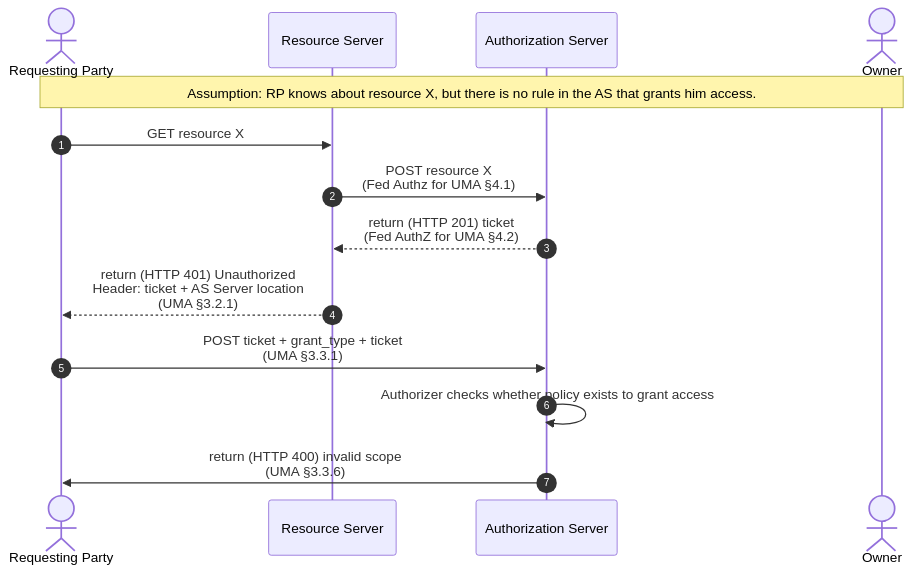
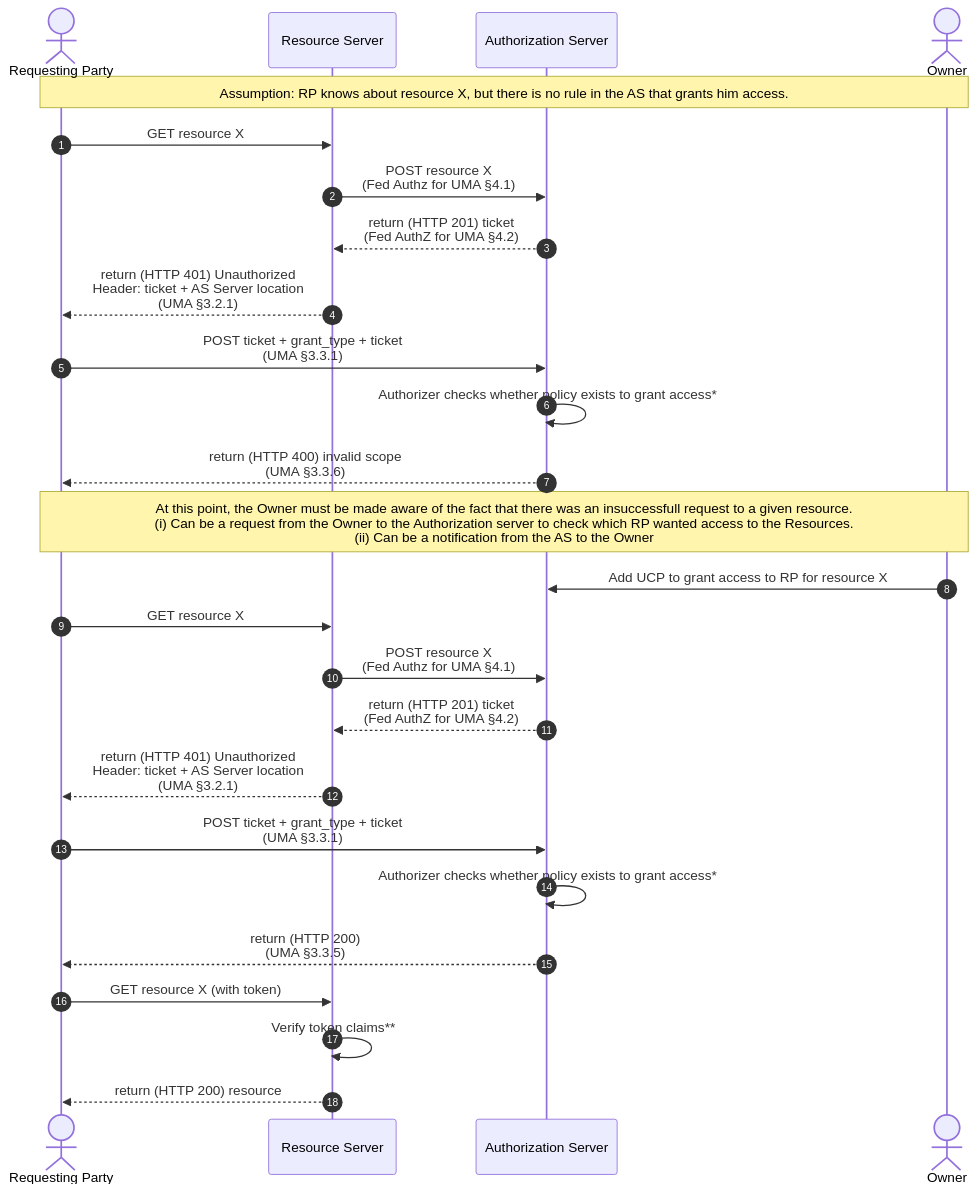
Before and after one commit to woutslabbinck/ucp-enforcement: the diagram in README.md, drawn with Mermaid. The commit also changed other lines of this file, not shown here.

Commit message:
docs: describe full flow of access request and access grant

````diff
--- a/README.md
+++ b/README.md
@@ -56,20 +56,35 @@
 ```mermaid
 sequenceDiagram
     actor RP as Requesting Party
     participant RS as Resource Server
     participant AS as Authorization Server
     actor Owner as Owner
 
     autonumber
     note over RP, Owner: Assumption: RP knows about resource X, but there is no rule in the AS that grants him access.
     RP->>RS: GET resource X
     RS->>AS: POST resource X <br/> (Fed Authz for UMA §4.1)
     AS-->>RS: return (HTTP 201) ticket <br/> (Fed AuthZ for UMA §4.2)
     RS-->>RP: return (HTTP 401) Unauthorized <br/> Header: ticket + AS Server location <br/> (UMA §3.2.1)
     
     RP->>AS: POST ticket + grant_type + ticket<br/> (UMA §3.3.1)
-    AS->>AS: Authorizer checks whether policy exists to grant access
-    AS->>RP: return (HTTP 400) invalid scope <br/> (UMA §3.3.6)
+    AS->>AS: Authorizer checks whether policy exists to grant access*
+    AS-->>RP: return (HTTP 400) invalid scope <br/> (UMA §3.3.6)
     
+    note over RP, Owner: At this point, the Owner must be made aware of the fact that there was an insuccessfull request to a given resource. <br/>(i) Can be a request from the Owner to the Authorization server to check which RP wanted access to the Resources.<br/>(ii) Can be a notification from the AS to the Owner
+	Owner ->>AS: Add UCP to grant access to RP for resource X
+    
+    RP->>RS: GET resource X
+    RS->>AS: POST resource X <br/> (Fed Authz for UMA §4.1)
+    AS-->>RS: return (HTTP 201) ticket <br/> (Fed AuthZ for UMA §4.2)
+    RS-->>RP: return (HTTP 401) Unauthorized <br/> Header: ticket + AS Server location <br/> (UMA §3.2.1)
+    
+    RP->>AS: POST ticket + grant_type + ticket<br/> (UMA §3.3.1)
+    AS->>AS: Authorizer checks whether policy exists to grant access*
+    AS-->>RP: return (HTTP 200) <br/> (UMA §3.3.5)
+    
+    RP->>RS: GET resource X (with token)
+    RS->>RS: Verify token claims**
+    RS-->>RP: return (HTTP 200) resource
 
 ```
````
